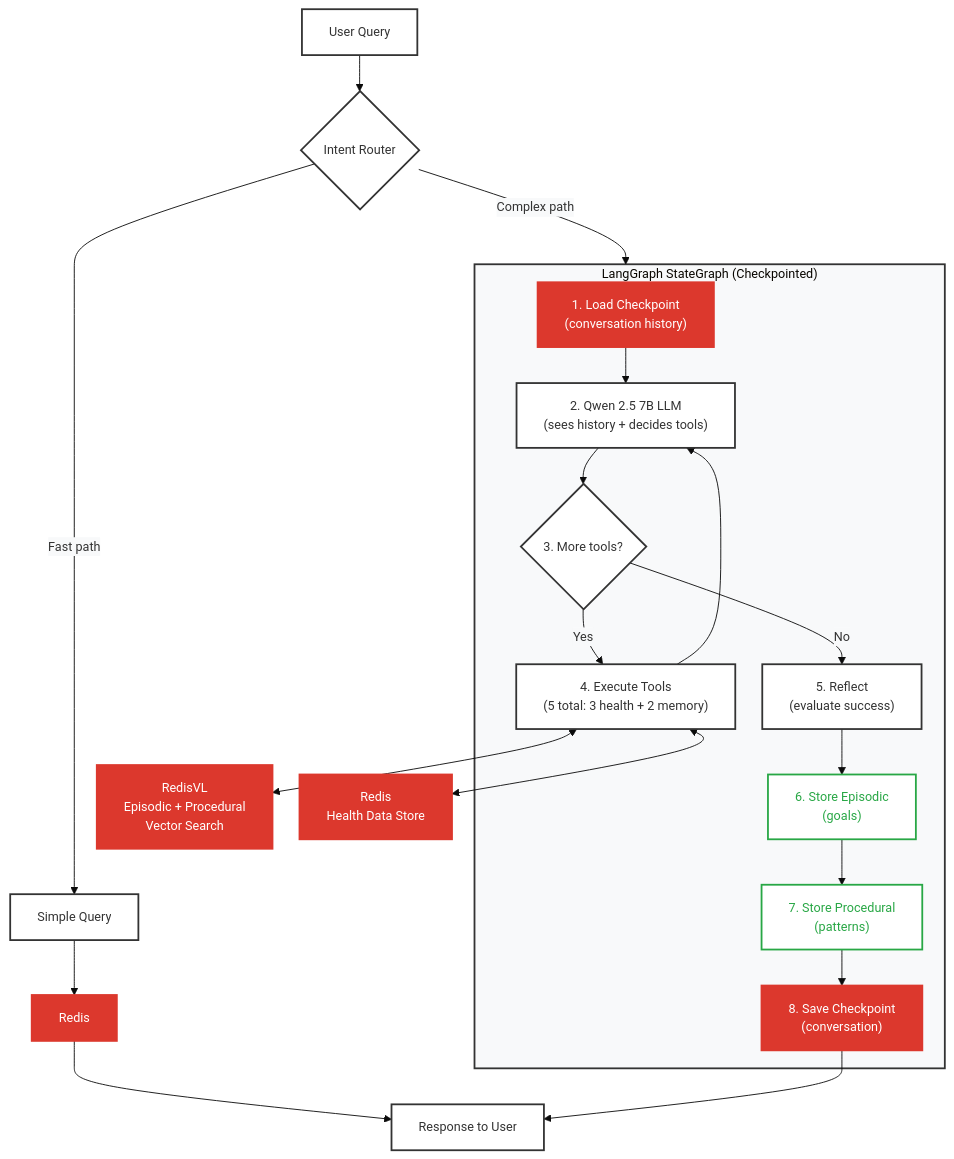
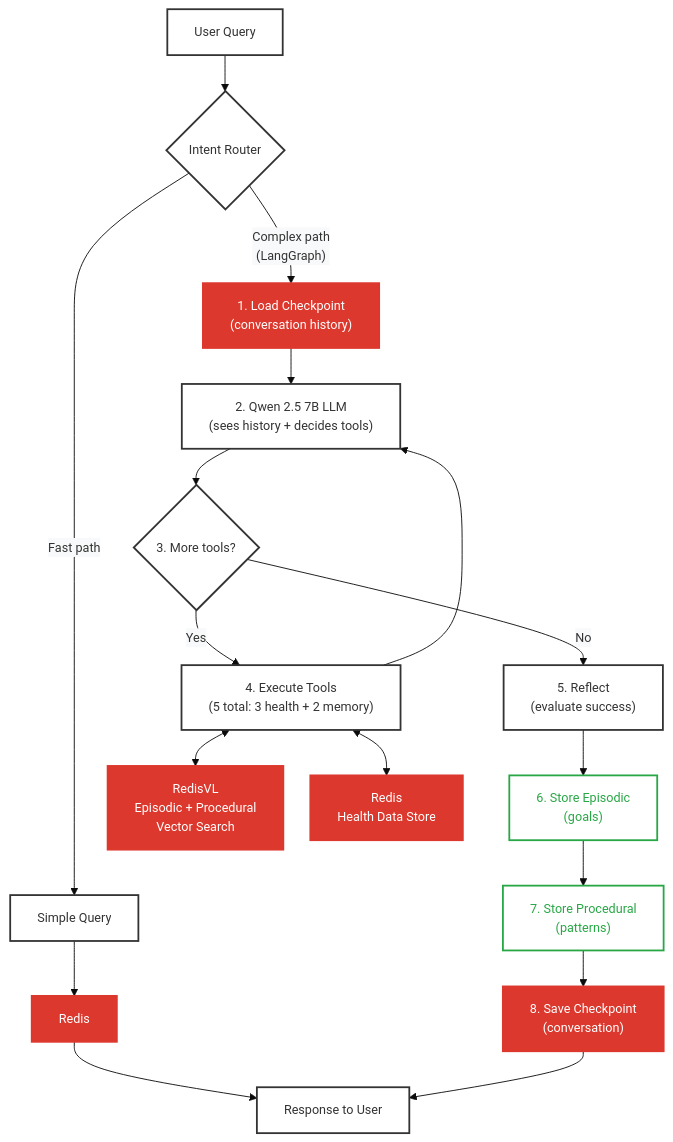
One commit to AllieRays/redis-wellness changed the second of 2 diagrams in docs/04_STATEFUL_AGENT.md. Above: the diagram before and after it, drawn with Mermaid. The commit also changed 3 other files, not shown here.

````diff
--- a/docs/04_STATEFUL_AGENT.md
+++ b/docs/04_STATEFUL_AGENT.md
@@ -77,58 +77,52 @@
 ```mermaid
 %%{init: {'theme':'base', 'themeVariables': { 'fontSize':'14px', 'edgeLabelBackground':'#f8f9fa'}, 'flowchart': {'nodeSpacing': 30, 'rankSpacing': 40}}}%%
 flowchart TB
     Query["User Query"]
     Router{"Intent Router"}
     Simple["Simple Query"]
     SimpleRedis["Redis"]
-    
-    subgraph LangGraph["LangGraph StateGraph (Checkpointed)"]
-        Load["1. Load Checkpoint<br/>(conversation history)"]
-        LLM["2. Qwen 2.5 7B LLM<br/>(sees history + decides tools)"]
-        ToolDecision{"3. More tools?"}
-        Tools["4. Execute Tools<br/>(5 total: 3 health + 2 memory)"]
-        Reflect["5. Reflect<br/>(evaluate success)"]
-        StoreEpi["6. Store Episodic<br/>(goals)"]
-        StoreProc["7. Store Procedural<br/>(patterns)"]
-        SaveCheck["8. Save Checkpoint<br/>(conversation)"]
-        
-        Load --> LLM
-        LLM --> ToolDecision
-        ToolDecision -->|"Yes"| Tools
-        ToolDecision -->|"No"| Reflect
-        Tools --> LLM
-        Reflect --> StoreEpi
-        StoreEpi --> StoreProc
-        StoreProc --> SaveCheck
-    end
-    
+    Load["1. Load Checkpoint<br/>(conversation history)"]
+    LLM["2. Qwen 2.5 7B LLM<br/>(sees history + decides tools)"]
+    ToolDecision{"3. More tools?"}
+    Tools["4. Execute Tools<br/>(5 total: 3 health + 2 memory)"]
+    Reflect["5. Reflect<br/>(evaluate success)"]
+    StoreEpi["6. Store Episodic<br/>(goals)"]
+    StoreProc["7. Store Procedural<br/>(patterns)"]
+    SaveCheck["8. Save Checkpoint<br/>(conversation)"]
     RedisVL["RedisVL<br/>Episodic + Procedural<br/>Vector Search"]
     RedisData["Redis<br/>Health Data Store"]
     Response["Response to User"]
     
     Query --> Router
     Router -->|"Fast path"| Simple
-    Router -->|"Complex path"| LangGraph
+    Router -->|"Complex path<br/>(LangGraph)"| Load
     Simple --> SimpleRedis
     SimpleRedis --> Response
+    Load --> LLM
+    LLM --> ToolDecision
+    ToolDecision -->|"Yes"| Tools
+    ToolDecision -->|"No"| Reflect
+    Tools --> LLM
+    Reflect --> StoreEpi
+    StoreEpi --> StoreProc
+    StoreProc --> SaveCheck
     Tools <--> RedisVL
     Tools <--> RedisData
     SaveCheck --> Response
     
     style Query fill:#fff,stroke:#333,stroke-width:2px
     style Router fill:#fff,stroke:#333,stroke-width:2px
     style Simple fill:#fff,stroke:#333,stroke-width:2px
     style SimpleRedis fill:#dc382d,stroke:#dc382d,stroke-width:2px,color:#fff
-    style LangGraph fill:#f8f9fa,stroke:#333,stroke-width:2px
     style Load fill:#dc382d,stroke:#dc382d,stroke-width:2px,color:#fff
     style LLM fill:#fff,stroke:#333,stroke-width:2px
     style ToolDecision fill:#fff,stroke:#333,stroke-width:2px
     style Tools fill:#fff,stroke:#333,stroke-width:2px
     style Reflect fill:#fff,stroke:#333,stroke-width:2px
     style StoreEpi fill:#fff,stroke:#28a745,stroke-width:2px,color:#28a745
     style StoreProc fill:#fff,stroke:#28a745,stroke-width:2px,color:#28a745
     style SaveCheck fill:#dc382d,stroke:#dc382d,stroke-width:2px,color:#fff
     style RedisVL fill:#dc382d,stroke:#dc382d,stroke-width:2px,color:#fff
     style RedisData fill:#dc382d,stroke:#dc382d,stroke-width:2px,color:#fff
     style Response fill:#fff,stroke:#333,stroke-width:2px
 ```
````
